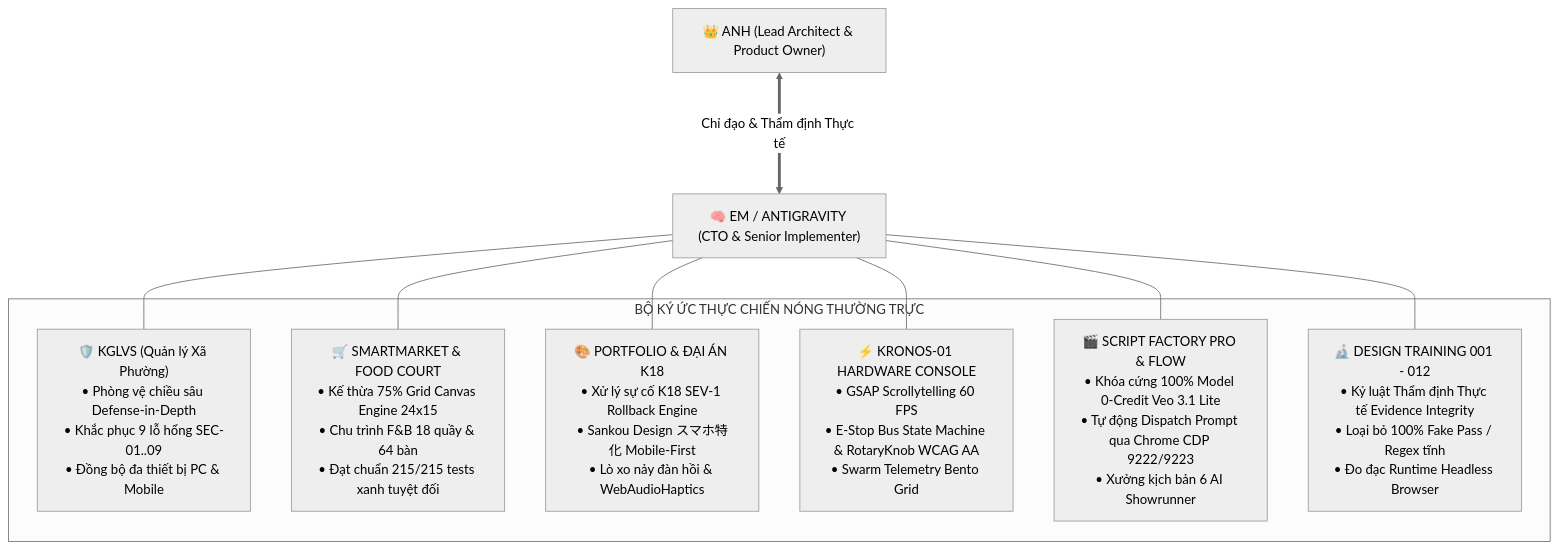
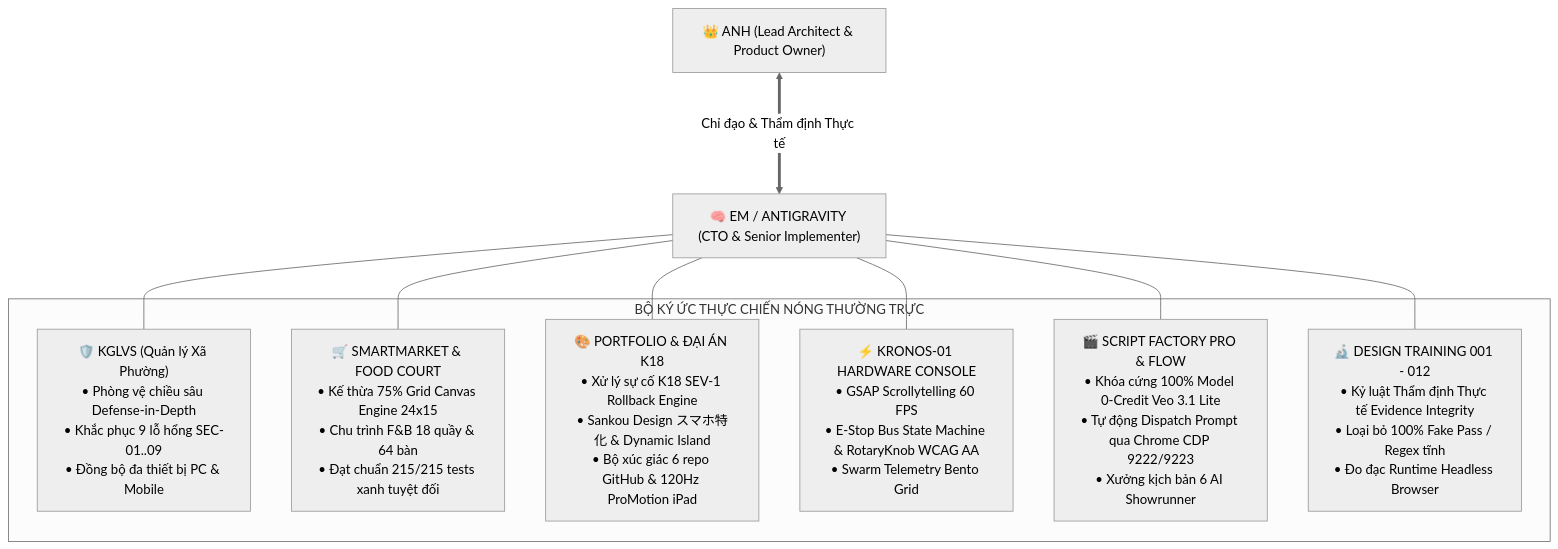
The diagram in config/EXPERIENCE_LEDGER.md (hoadulieu2003-lang/antigravity-skill), drawn with Mermaid (neutral theme) before and after one commit. The commit also changed other lines of this file and 17 other files, not shown here.

````diff
--- a/config/EXPERIENCE_LEDGER.md
+++ b/config/EXPERIENCE_LEDGER.md
@@ -10,23 +10,23 @@
 ```mermaid
 flowchart TD
     Founder["👑 ANH (Lead Architect & Product Owner)"]
     CTO["🧠 EM / ANTIGRAVITY (CTO & Senior Implementer)"]
     
     Founder <===>|"Chỉ đạo & Thẩm định Thực tế"| CTO
     
     subgraph CombatVault ["BỘ KÝ ỨC THỰC CHIẾN NÓNG THƯỜNG TRỰC"]
         P1["🛡️ KGLVS (Quản lý Xã Phường)\n• Phòng vệ chiều sâu Defense-in-Depth\n• Khắc phục 9 lỗ hổng SEC-01..09\n• Đồng bộ đa thiết bị PC & Mobile"]
         P2["🛒 SMARTMARKET & FOOD COURT\n• Kế thừa 75% Grid Canvas Engine 24x15\n• Chu trình F&B 18 quầy & 64 bàn\n• Đạt chuẩn 215/215 tests xanh tuyệt đối"]
-        P3["🎨 PORTFOLIO & ĐẠI ÁN K18\n• Xử lý sự cố K18 SEV-1 Rollback Engine\n• Sankou Design スマホ特化 Mobile-First\n• Lò xo nảy đàn hồi & WebAudioHaptics"]
+        P3["🎨 PORTFOLIO & ĐẠI ÁN K18\n• Xử lý sự cố K18 SEV-1 Rollback Engine\n• Sankou Design スマホ特化 & Dynamic Island\n• Bộ xúc giác 6 repo GitHub & 120Hz ProMotion iPad"]
         P4["⚡ KRONOS-01 HARDWARE CONSOLE\n• GSAP Scrollytelling 60 FPS\n• E-Stop Bus State Machine & RotaryKnob WCAG AA\n• Swarm Telemetry Bento Grid"]
         P5["🎬 SCRIPT FACTORY PRO & FLOW\n• Khóa cứng 100% Model 0-Credit Veo 3.1 Lite\n• Tự động Dispatch Prompt qua Chrome CDP 9222/9223\n• Xưởng kịch bản 6 AI Showrunner"]
         P6["🔬 DESIGN TRAINING 001 - 012\n• Kỷ luật Thẩm định Thực tế Evidence Integrity\n• Loại bỏ 100% Fake Pass / Regex tĩnh\n• Đo đạc Runtime Headless Browser"]
     end
     
     CTO --- P1
     CTO --- P2
     CTO --- P3
     CTO --- P4
     CTO --- P5
     CTO --- P6
 ```
````
